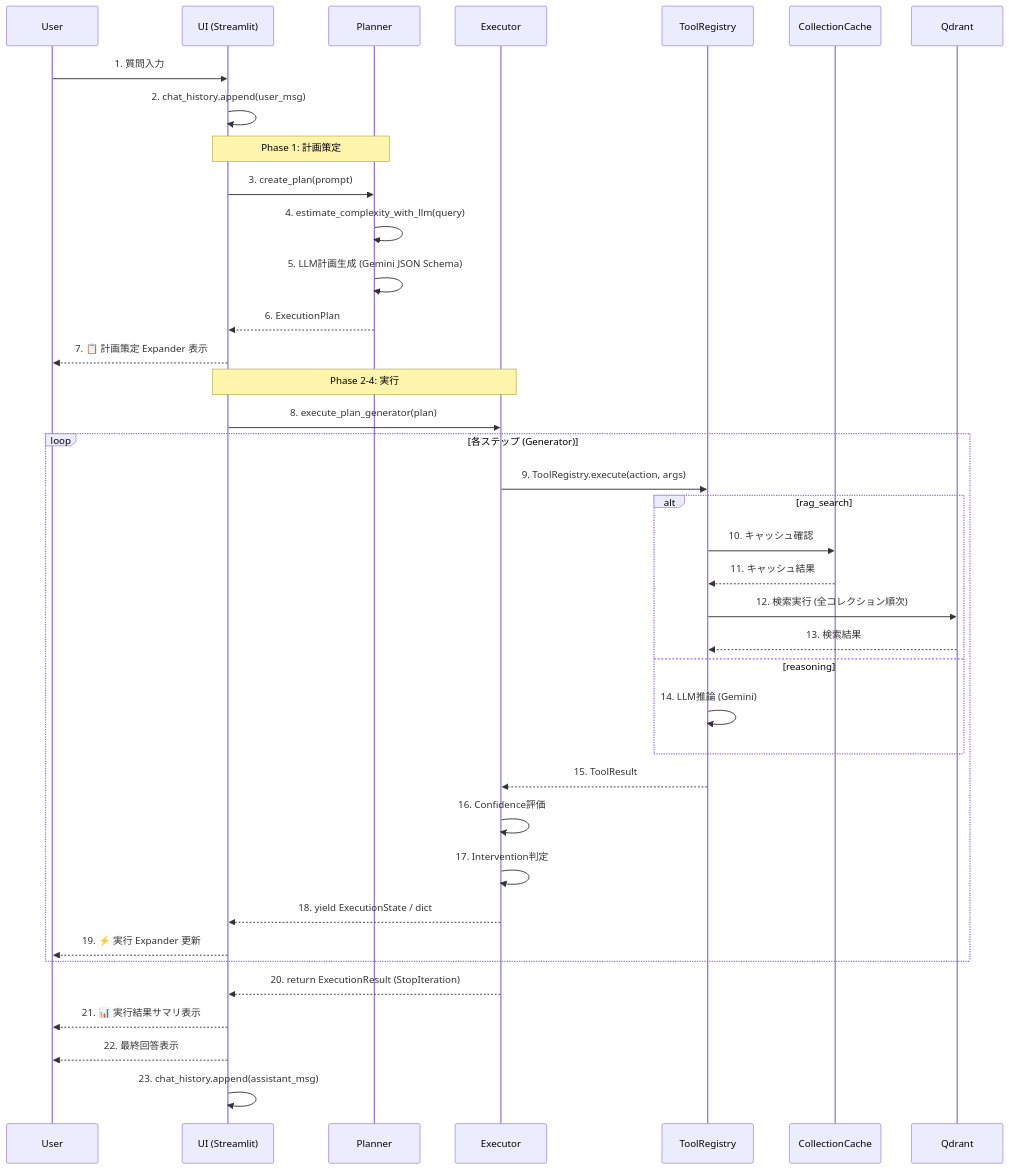
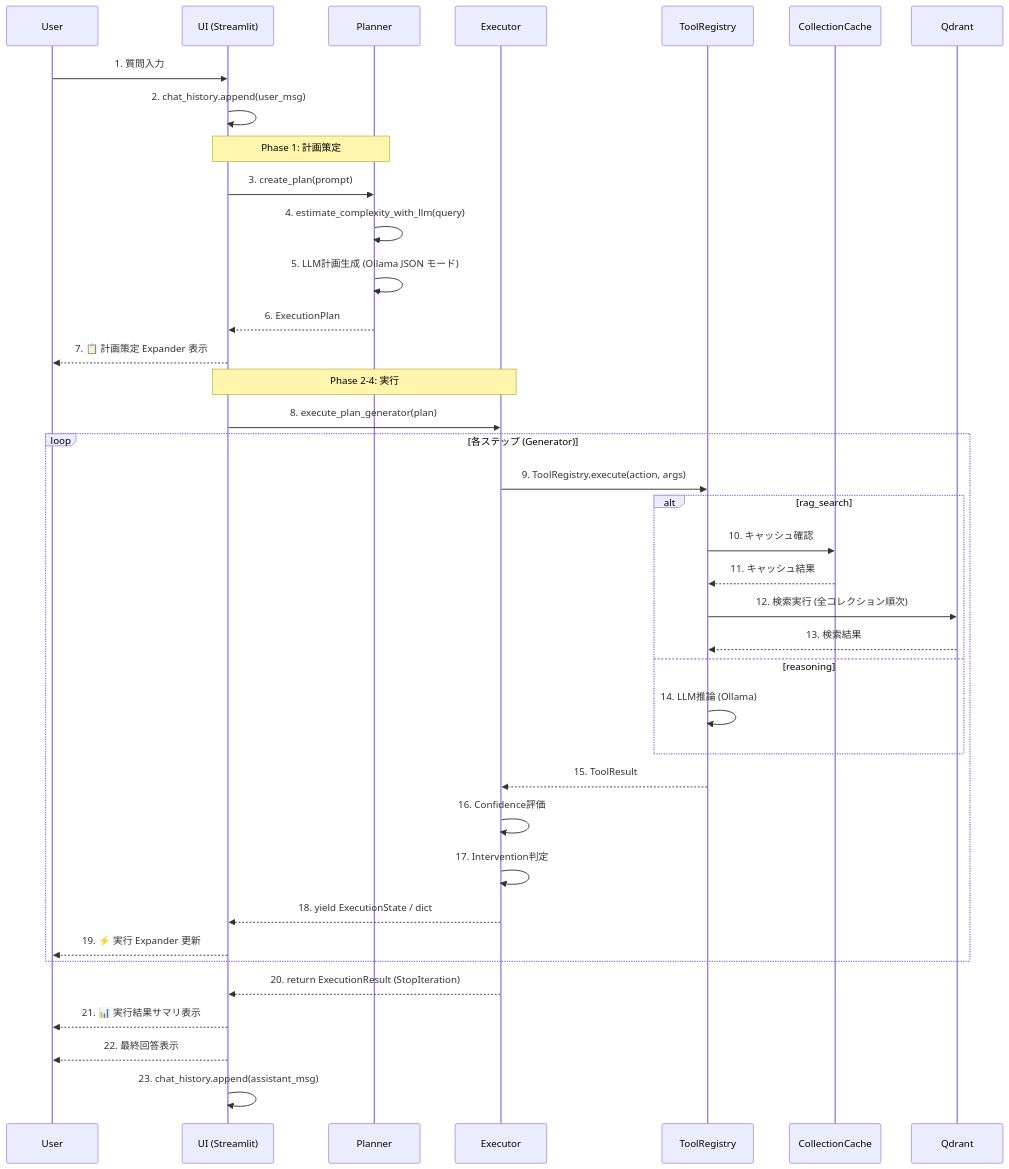
The eighth of 13 diagrams in README.md (nakashima2toshio/ollama_grace_agent_v2), drawn with Mermaid before and after one commit. The commit also changed other lines of this file, not shown here.

First line of the commit message:
docs(README): adapt copied README to the Ollama edition

````diff
--- a/README.md
+++ b/README.md
@@ -645,50 +646,50 @@
 ```mermaid
 sequenceDiagram
     participant User as User
     participant UI as UI (Streamlit)
     participant Planner as Planner
     participant Executor as Executor
     participant Tools as ToolRegistry
     participant Cache as CollectionCache
     participant Qdrant as Qdrant
 
     User->>UI: 1. 質問入力
     UI->>UI: 2. chat_history.append(user_msg)
 
     Note over UI,Planner: Phase 1: 計画策定
 
     UI->>Planner: 3. create_plan(prompt)
     Planner->>Planner: 4. estimate_complexity_with_llm(query)
-    Planner->>Planner: 5. LLM計画生成 (Gemini JSON Schema)
+    Planner->>Planner: 5. LLM計画生成 (Ollama JSON モード)
     Planner-->>UI: 6. ExecutionPlan
     UI-->>User: 7. 📋 計画策定 Expander 表示
 
     Note over UI,Executor: Phase 2-4: 実行
 
     UI->>Executor: 8. execute_plan_generator(plan)
 
     loop 各ステップ (Generator)
         Executor->>Tools: 9. ToolRegistry.execute(action, args)
 
         alt rag_search
             Tools->>Cache: 10. キャッシュ確認
             Cache-->>Tools: 11. キャッシュ結果
             Tools->>Qdrant: 12. 検索実行 (全コレクション順次)
             Qdrant-->>Tools: 13. 検索結果
         else reasoning
-            Tools->>Tools: 14. LLM推論 (Gemini)
+            Tools->>Tools: 14. LLM推論 (Ollama)
         end
 
         Tools-->>Executor: 15. ToolResult
         Executor->>Executor: 16. Confidence評価
         Executor->>Executor: 17. Intervention判定
 
         Executor-->>UI: 18. yield ExecutionState / dict
         UI-->>User: 19. ⚡ 実行 Expander 更新
     end
 
     Executor-->>UI: 20. return ExecutionResult (StopIteration)
     UI-->>User: 21. 📊 実行結果サマリ表示
     UI-->>User: 22. 最終回答表示
     UI->>UI: 23. chat_history.append(assistant_msg)
 ```
````
